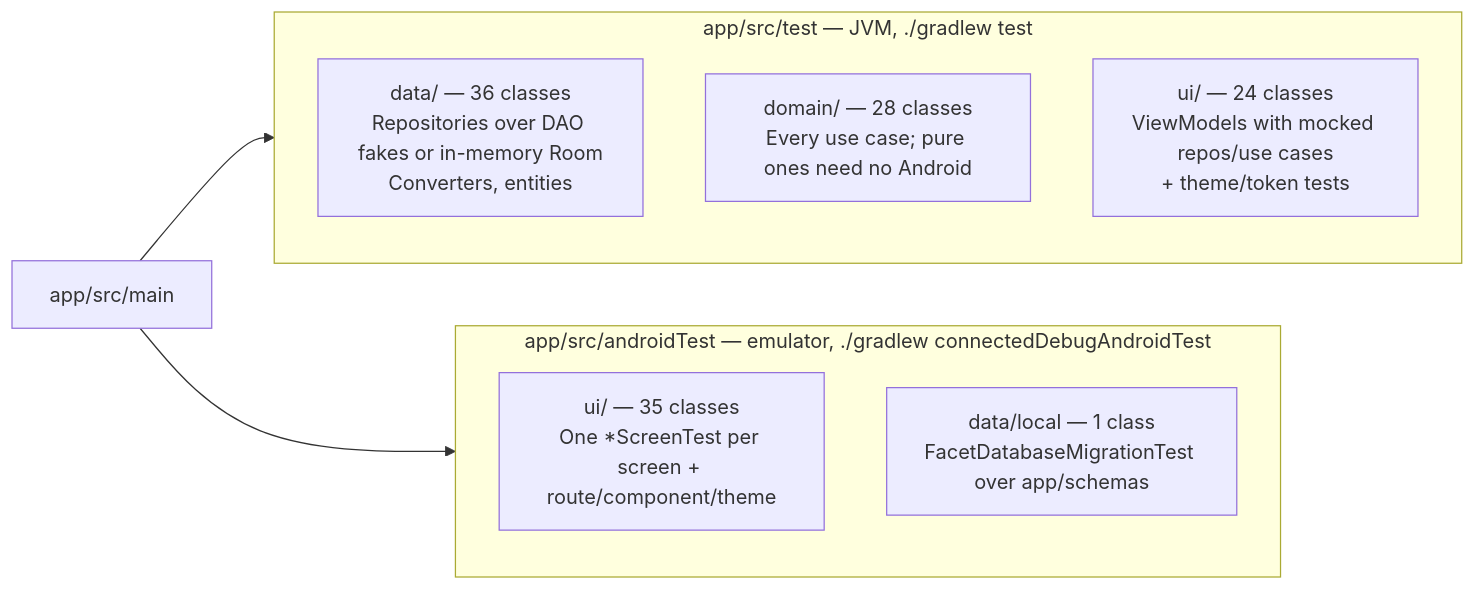
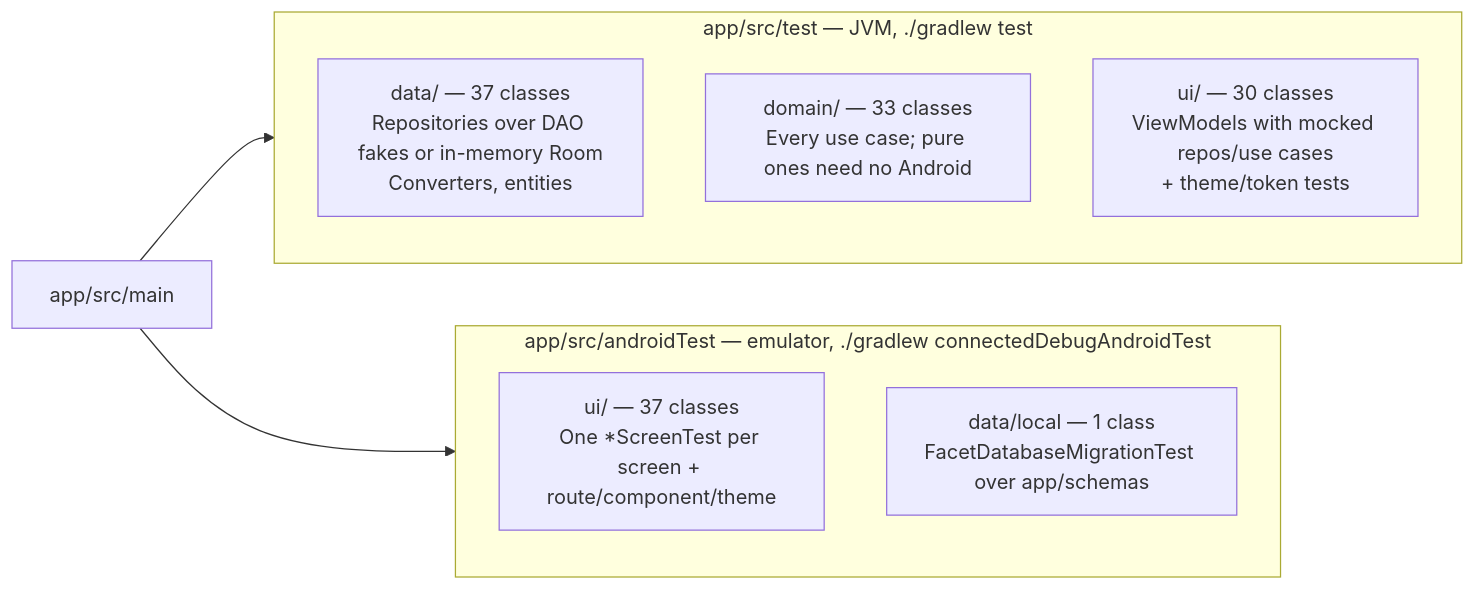
One commit to rohitganjam/facet-launcher changed the diagram in docs/architecture/06-testing.md. Above: the diagram before and after it, drawn with Mermaid. The commit also changed other lines of this file and 39 other files, not shown here.

````diff
--- a/docs/architecture/06-testing.md
+++ b/docs/architecture/06-testing.md
@@ -13,16 +13,16 @@
 ```mermaid
 flowchart LR
     subgraph UNIT["app/src/test — JVM, ./gradlew test"]
         direction TB
-        U1["data/ — 36 classes\nRepositories over DAO fakes or in-memory Room\nConverters, entities"]
-        U2["domain/ — 28 classes\nEvery use case; pure ones need no Android"]
-        U3["ui/ — 24 classes\nViewModels with mocked repos/use cases\n+ theme/token tests"]
+        U1["data/ — 37 classes\nRepositories over DAO fakes or in-memory Room\nConverters, entities"]
+        U2["domain/ — 33 classes\nEvery use case; pure ones need no Android"]
+        U3["ui/ — 30 classes\nViewModels with mocked repos/use cases\n+ theme/token tests"]
     end
     subgraph INST["app/src/androidTest — emulator, ./gradlew connectedDebugAndroidTest"]
         direction TB
-        I1["ui/ — 35 classes\nOne *ScreenTest per screen + route/component/theme"]
+        I1["ui/ — 37 classes\nOne *ScreenTest per screen + route/component/theme"]
         I2["data/local — 1 class\nFacetDatabaseMigrationTest over app/schemas"]
     end
     CODE["app/src/main"] --> UNIT
     CODE --> INST
 ```
````
